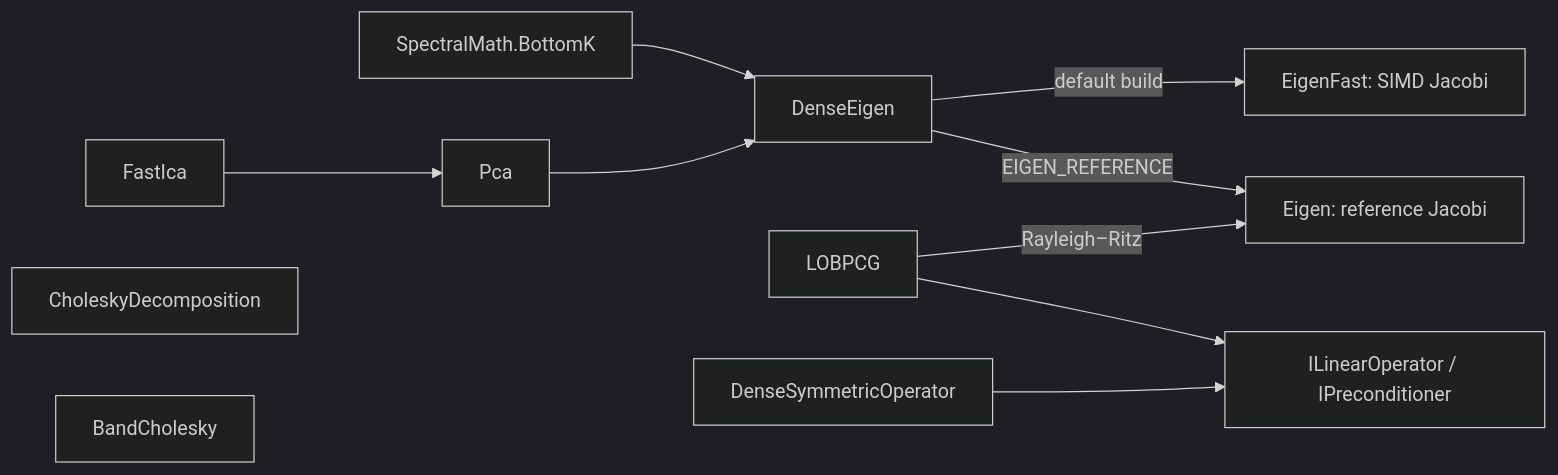
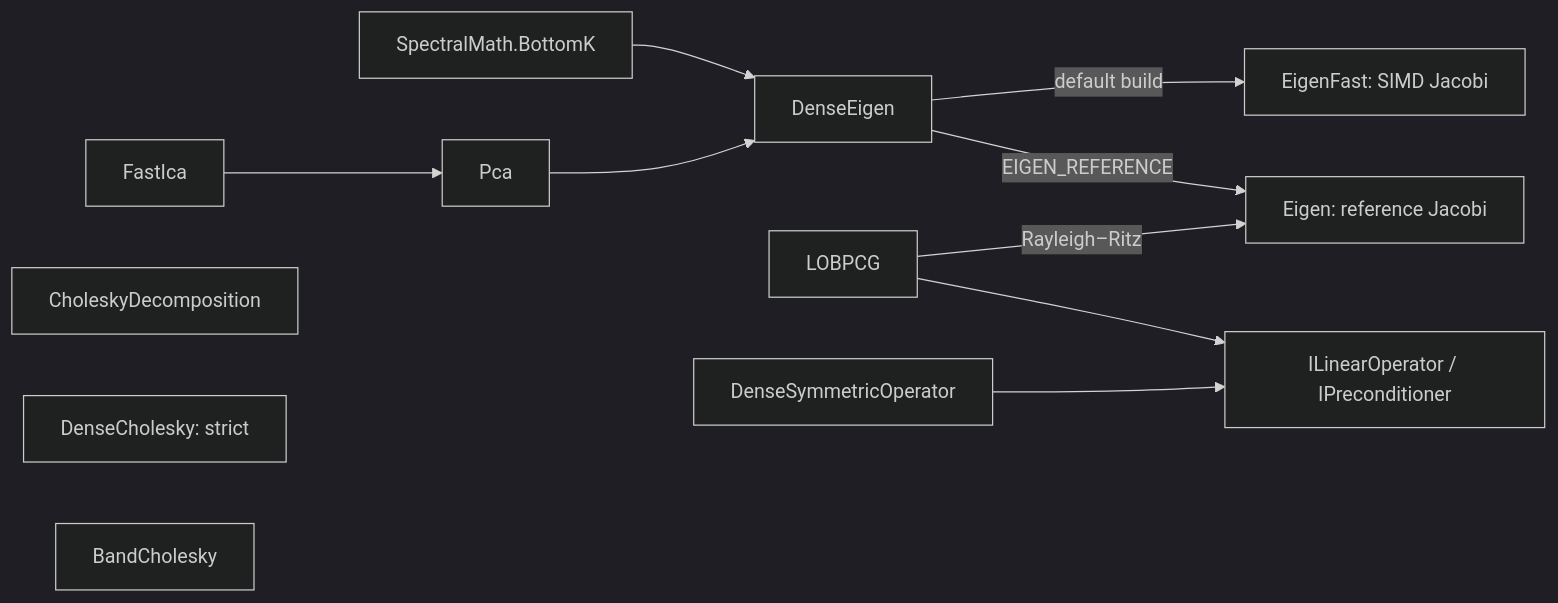
One commit to aghado01/ThermoMapper changed the diagram in docs/Maths/LinearAlgebra.md. Above: the diagram before and after it, drawn with Mermaid (dark theme). The commit also changed other lines of this file and 6 other files, not shown here.

First line of the commit message:
feat(linalg): strict dense reference factor and a scale-free relative pivot (step 2.2)

````diff
--- a/docs/Maths/LinearAlgebra.md
+++ b/docs/Maths/LinearAlgebra.md
@@ -17,13 +18,14 @@
 ```mermaid
 flowchart LR
   DE[DenseEigen] -->|default build| EF[EigenFast: SIMD Jacobi]
   DE -->|EIGEN_REFERENCE| EJ[Eigen: reference Jacobi]
   SM[SpectralMath.BottomK] --> DE
   LO[LOBPCG] -->|Rayleigh–Ritz| EJ
   LO --> OP[ILinearOperator / IPreconditioner]
   DSO[DenseSymmetricOperator] --> OP
   PCA[Pca] --> DE
   ICA[FastIca] --> PCA
   CH[CholeskyDecomposition]
+  DC[DenseCholesky: strict]
   BC[BandCholesky]
 ```
````
